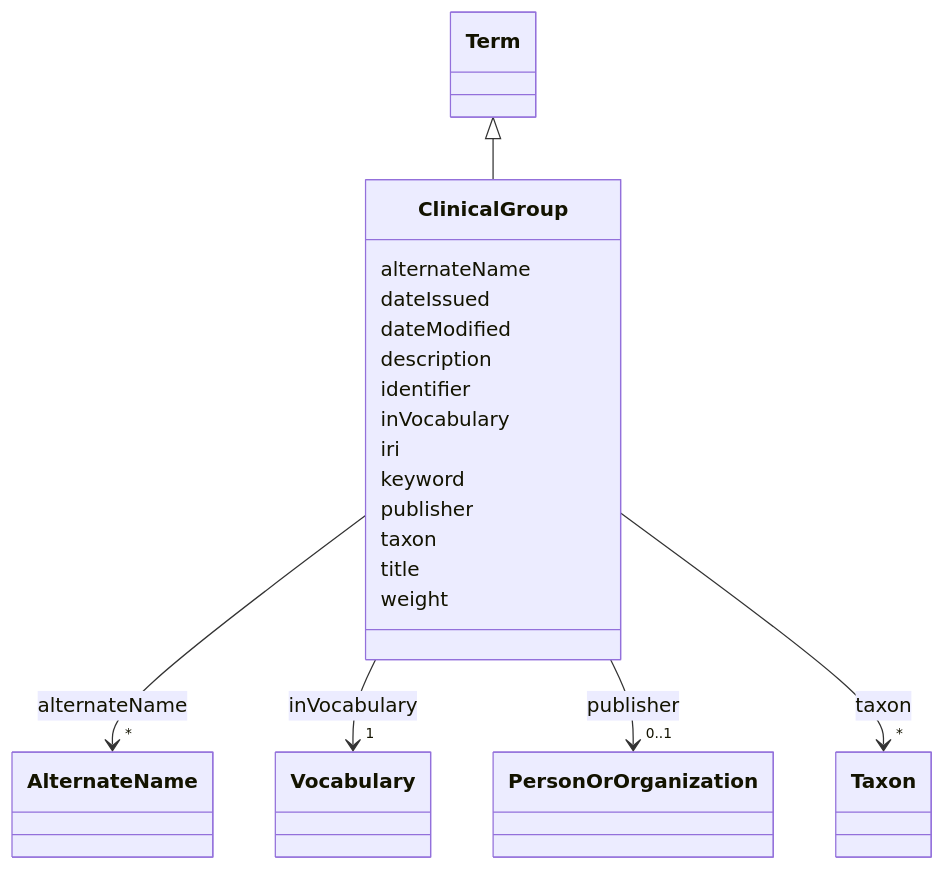
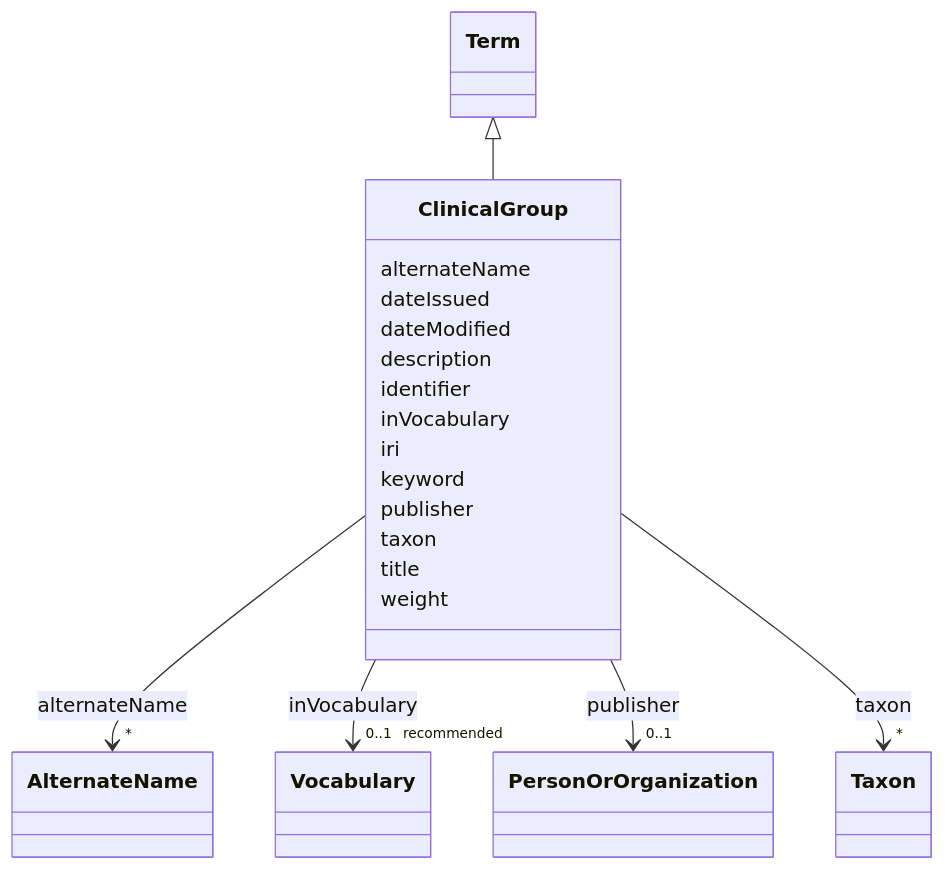
The diagram in models/docs/ClinicalGroup.md (EVORA-project/evora-ontology), drawn with Mermaid before and after one commit. The commit also changed other lines of this file and 307 other files, not shown here.

````diff
--- a/models/docs/ClinicalGroup.md
+++ b/models/docs/ClinicalGroup.md
@@ -19,61 +19,61 @@
 ```mermaid
  classDiagram
     class ClinicalGroup
     click ClinicalGroup href "../ClinicalGroup"
       Term <|-- ClinicalGroup
         click Term href "../Term"
       
       ClinicalGroup : alternateName
         
           
     
     
     ClinicalGroup --> "*" AlternateName : alternateName
     click AlternateName href "../AlternateName"
 
         
       ClinicalGroup : dateIssued
         
       ClinicalGroup : dateModified
         
       ClinicalGroup : description
         
       ClinicalGroup : identifier
         
       ClinicalGroup : inVocabulary
         
           
     
     
-    ClinicalGroup --> "1" Vocabulary : inVocabulary
+    ClinicalGroup --> "0..1 _recommended_" Vocabulary : inVocabulary
     click Vocabulary href "../Vocabulary"
 
         
       ClinicalGroup : iri
         
       ClinicalGroup : keyword
         
       ClinicalGroup : publisher
         
           
     
     
     ClinicalGroup --> "0..1" PersonOrOrganization : publisher
     click PersonOrOrganization href "../PersonOrOrganization"
 
         
       ClinicalGroup : taxon
         
           
     
     
     ClinicalGroup --> "*" Taxon : taxon
     click Taxon href "../Taxon"
 
         
       ClinicalGroup : title
         
       ClinicalGroup : weight
         
       
 ```
````
